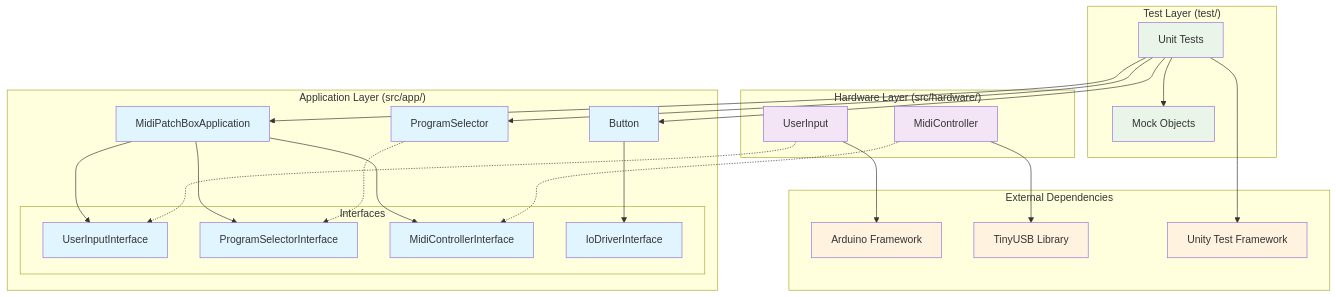
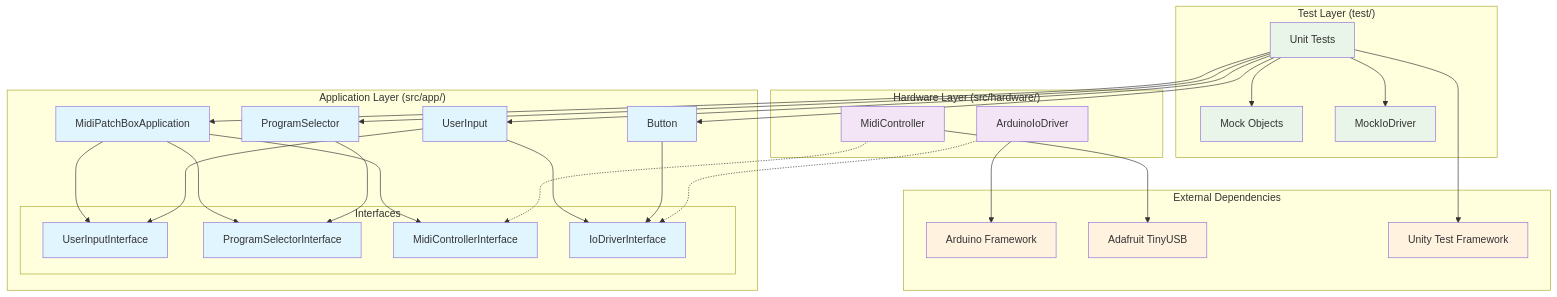
Before and after one commit to iv660/midi-patch-box: the first of 4 diagrams in ARCHITECTURE.md, drawn with Mermaid. The commit also changed other lines of this file, not shown here.

````diff
--- a/ARCHITECTURE.md
+++ b/ARCHITECTURE.md
@@ -28,59 +28,65 @@
 ```mermaid
 graph TB
     subgraph "Application Layer (src/app/)"
         APP[MidiPatchBoxApplication]
         PS[ProgramSelector]
         BTN[Button]
+        UI[UserInput]
         
         subgraph "Interfaces"
             UII[UserInputInterface]
             PSI[ProgramSelectorInterface]
             MCI[MidiControllerInterface]
             IOI[IoDriverInterface]
         end
     end
     
     subgraph "Hardware Layer (src/hardware/)"
-        UI[UserInput]
         MC[MidiController]
+        AIO[ArduinoIoDriver]
     end
     
     subgraph "Test Layer (test/)"
         TESTS[Unit Tests]
         MOCKS[Mock Objects]
+        MOCKIO[MockIoDriver]
     end
     
     subgraph "External Dependencies"
         ARDUINO[Arduino Framework]
-        TINYUSB[TinyUSB Library]
+        TINYUSB[Adafruit TinyUSB]
         UNITY[Unity Test Framework]
     end
     
     APP --> UII
     APP --> PSI
     APP --> MCI
+    UI --> UII
+    UI --> IOI
     BTN --> IOI
+    PS --> PSI
     
-    UI -.-> UII
     MC -.-> MCI
-    PS -.-> PSI
+    AIO -.-> IOI
     
     TESTS --> MOCKS
+    TESTS --> MOCKIO
     TESTS --> APP
     TESTS --> PS
     TESTS --> BTN
+    TESTS --> UI
     
-    UI --> ARDUINO
+    AIO --> ARDUINO
     MC --> TINYUSB
     TESTS --> UNITY
     
     classDef appLayer fill:#e1f5fe
     classDef hardwareLayer fill:#f3e5f5
     classDef testLayer fill:#e8f5e8
     classDef external fill:#fff3e0
     
-    class APP,PS,BTN,UII,PSI,MCI,IOI appLayer
-    class UI,MC hardwareLayer
-    class TESTS,MOCKS testLayer
+    class APP,PS,BTN,UI,UII,PSI,MCI,IOI appLayer
+    class MC,AIO hardwareLayer
+    class TESTS,MOCKS,MOCKIO testLayer
     class ARDUINO,TINYUSB,UNITY external
 ```
````
